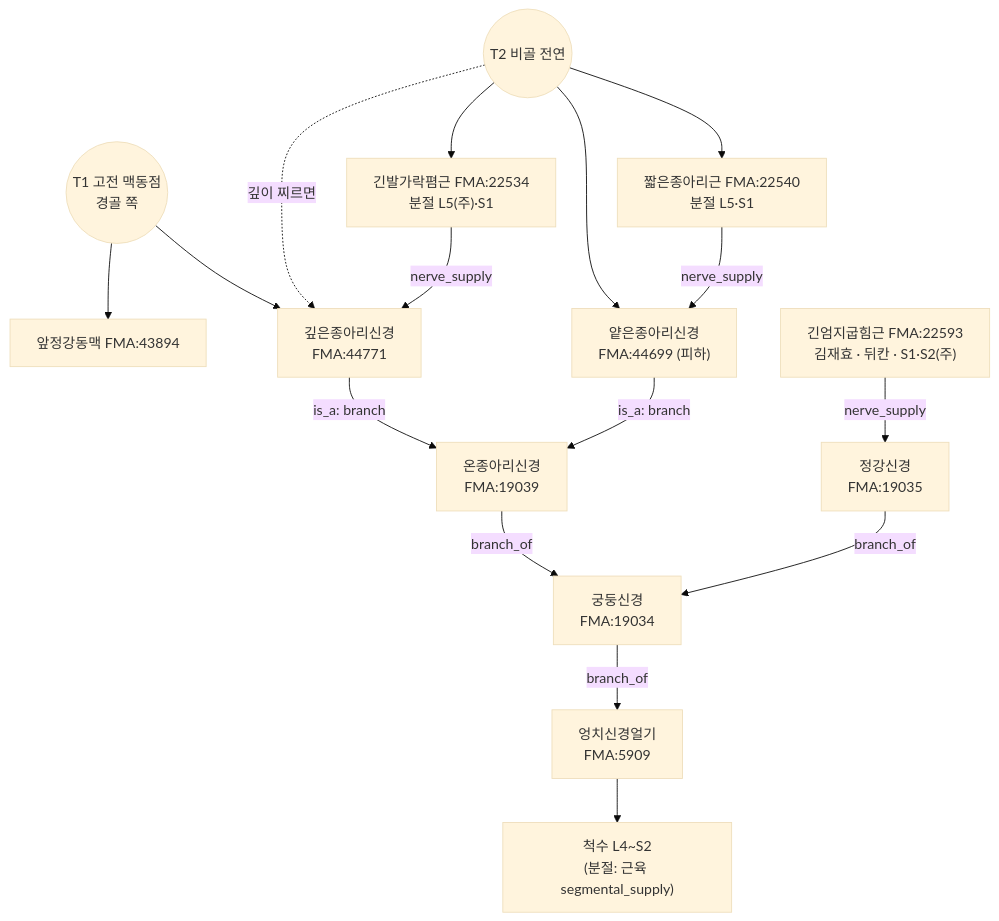
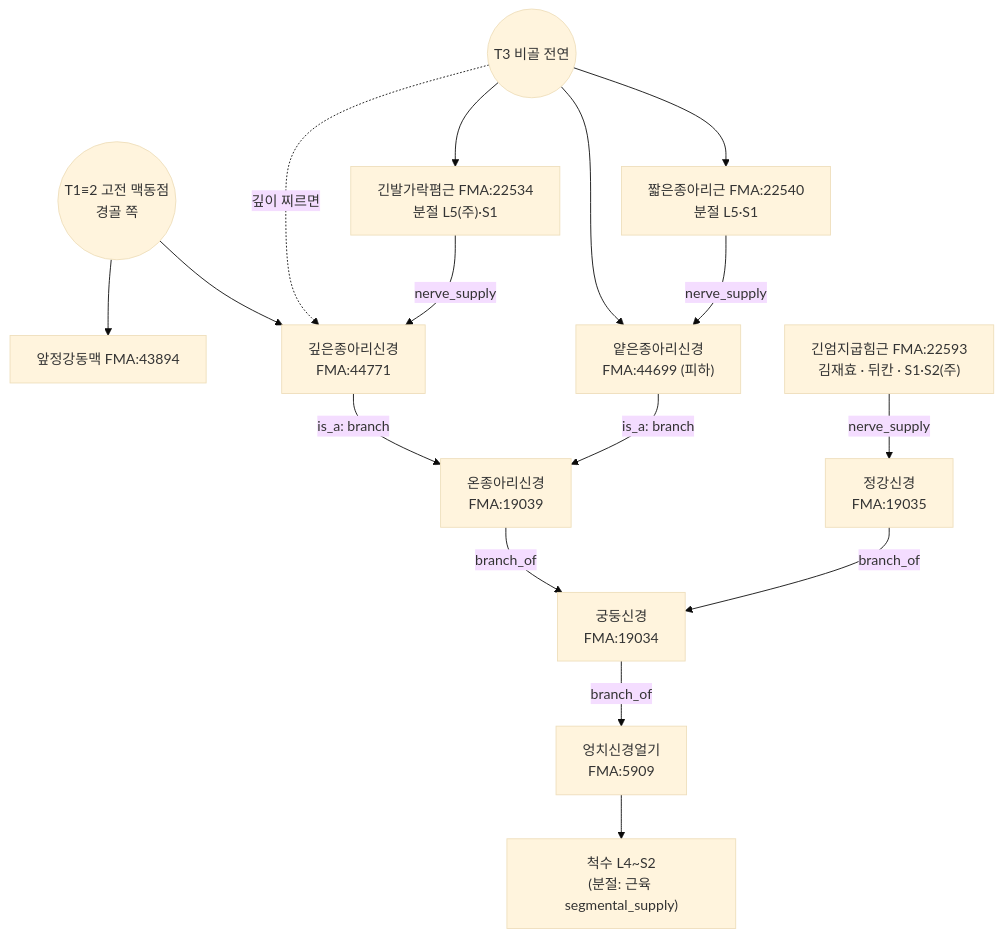
One commit to jaehyokim-sketch/acupoint_anatomy changed the diagram in 01_경혈별_해부생리_분석보고서/GB_족소양담경/GB39_현종/GB39_현종_해부생리_실체판명_보고서.md. Above: the diagram before and after it, drawn with Mermaid (base theme). The commit also changed other lines of this file and 60 other files, not shown here.

````diff
--- a/01_경혈별_해부생리_분석보고서/GB_족소양담경/GB39_현종/GB39_현종_해부생리_실체판명_보고서.md
+++ b/01_경혈별_해부생리_분석보고서/GB_족소양담경/GB39_현종/GB39_현종_해부생리_실체판명_보고서.md
@@ -265,18 +299,18 @@
 ```mermaid
 flowchart TB
-  T1(("T1 고전 맥동점<br/>경골 쪽")) --> ATA["앞정강동맥 FMA:43894"]
+  T1(("T1≡2 고전 맥동점<br/>경골 쪽")) --> ATA["앞정강동맥 FMA:43894"]
   T1 --> DFN["깊은종아리신경<br/>FMA:44771"]
-  T2(("T2 비골 전연")) --> SFN["얕은종아리신경<br/>FMA:44699 (피하)"]
+  T2(("T3 비골 전연")) --> SFN["얕은종아리신경<br/>FMA:44699 (피하)"]
   T2 --> FB["짧은종아리근 FMA:22540<br/>분절 L5·S1"]
   T2 --> EDL["긴발가락폄근 FMA:22534<br/>분절 L5(주)·S1"]
   T2 -. "깊이 찌르면" .-> DFN
   EDL -- nerve_supply --> DFN
   FB -- nerve_supply --> SFN
   DFN -- "is_a: branch" --> CFN["온종아리신경<br/>FMA:19039"]
   SFN -- "is_a: branch" --> CFN
   CFN -- branch_of --> SCI["궁둥신경<br/>FMA:19034"]
   FHL["긴엄지굽힘근 FMA:22593<br/>김재효 · 뒤칸 · S1·S2(주)"] -- nerve_supply --> TIB["정강신경<br/>FMA:19035"]
   TIB -- branch_of --> SCI
   SCI -- branch_of --> SAC["엉치신경얼기<br/>FMA:5909"]
   SAC --> SEG["척수 L4~S2<br/>(분절: 근육 segmental_supply)"]
 ```
````
